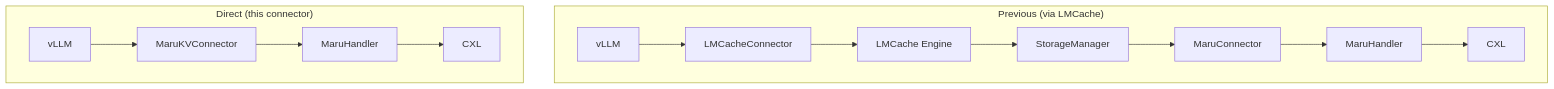
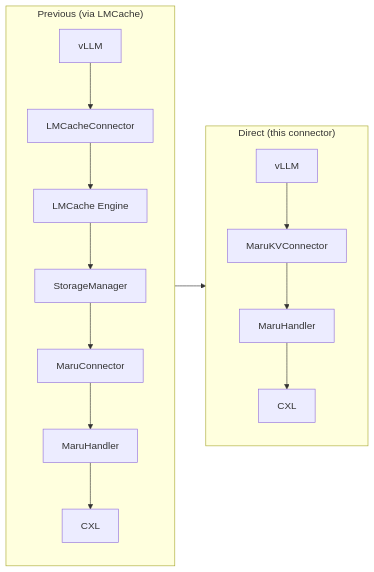
Before and after one commit to seohui-XCENA/maru: the first of 3 diagrams in docs/source/integration/vllm.md, drawn with Mermaid. The commit also changed other lines of this file and 36 other files, not shown here.

````diff
--- a/docs/source/integration/vllm.md
+++ b/docs/source/integration/vllm.md
@@ -8,12 +19,17 @@
 ```mermaid
-flowchart TB
-    subgraph "Previous (via LMCache)"
-        direction LR
-        V1["vLLM"] --> LC["LMCacheConnector"] --> LE["LMCache Engine"] --> SM["StorageManager"] --> MC["MaruConnector"] --> MH1["MaruHandler"] --> CXL1["CXL"]
+flowchart LR
+    subgraph prev["Previous (via LMCache)"]
+        direction TB
+        V1["vLLM"] --> LC["LMCacheConnector"] --> LE["LMCache Engine"]
+        LE --> SM["StorageManager"] --> MC["MaruConnector"]
+        MC --> MH1["MaruHandler"] --> CXL1["CXL"]
     end
 
-    subgraph "Direct (this connector)"
-        direction LR
-        V2["vLLM"] --> MKV["MaruKVConnector"] --> MH2["MaruHandler"] --> CXL2["CXL"]
+    subgraph direct["Direct (this connector)"]
+        direction TB
+        V2["vLLM"] --> MKV["MaruKVConnector"]
+        MKV --> MH2["MaruHandler"] --> CXL2["CXL"]
     end
+
+    prev --> direct
 ```
````
